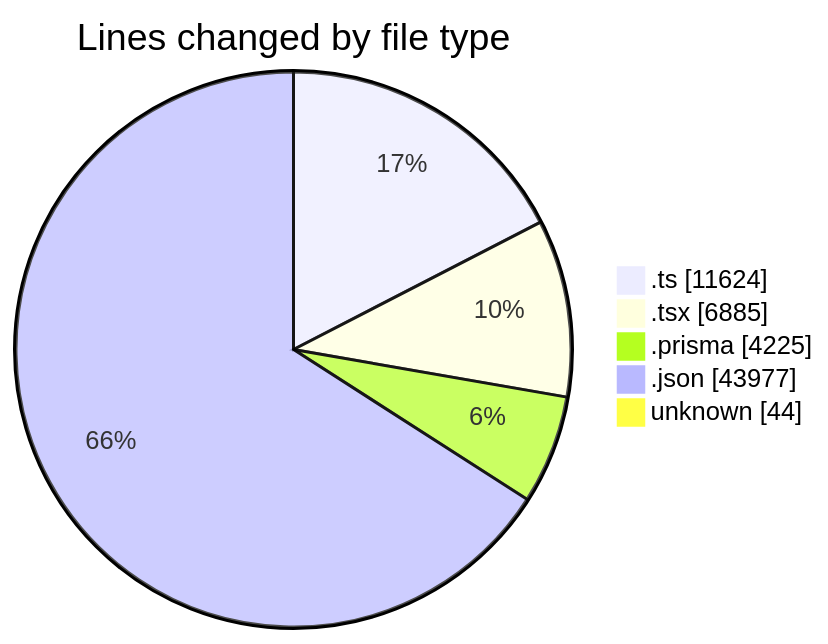
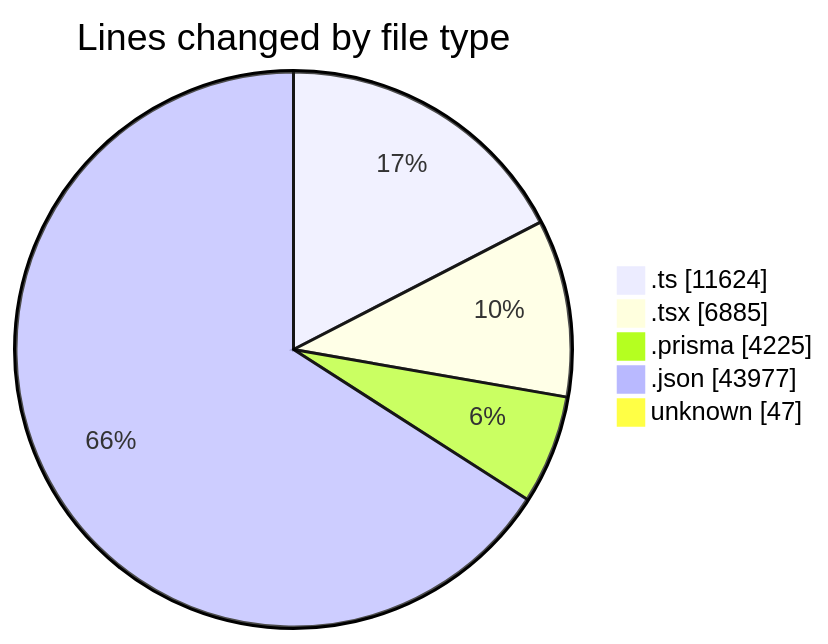
Before and after one commit to CELIANVF/code-tracking: the first of 2 diagrams in 2025-05-19/ecodeli-1/README.md, drawn with Mermaid. The commit also changed other lines of this file and 1 other file, not shown here.

````diff
--- a/2025-05-19/ecodeli-1/README.md
+++ b/2025-05-19/ecodeli-1/README.md
@@ -78,9 +78,9 @@
 ```mermaid
 pie showData
 title Lines changed by file type
 ".ts" : 11624
 ".tsx" : 6885
 ".prisma" : 4225
 ".json" : 43977
-"unknown" : 44
+"unknown" : 47
 ```
````
